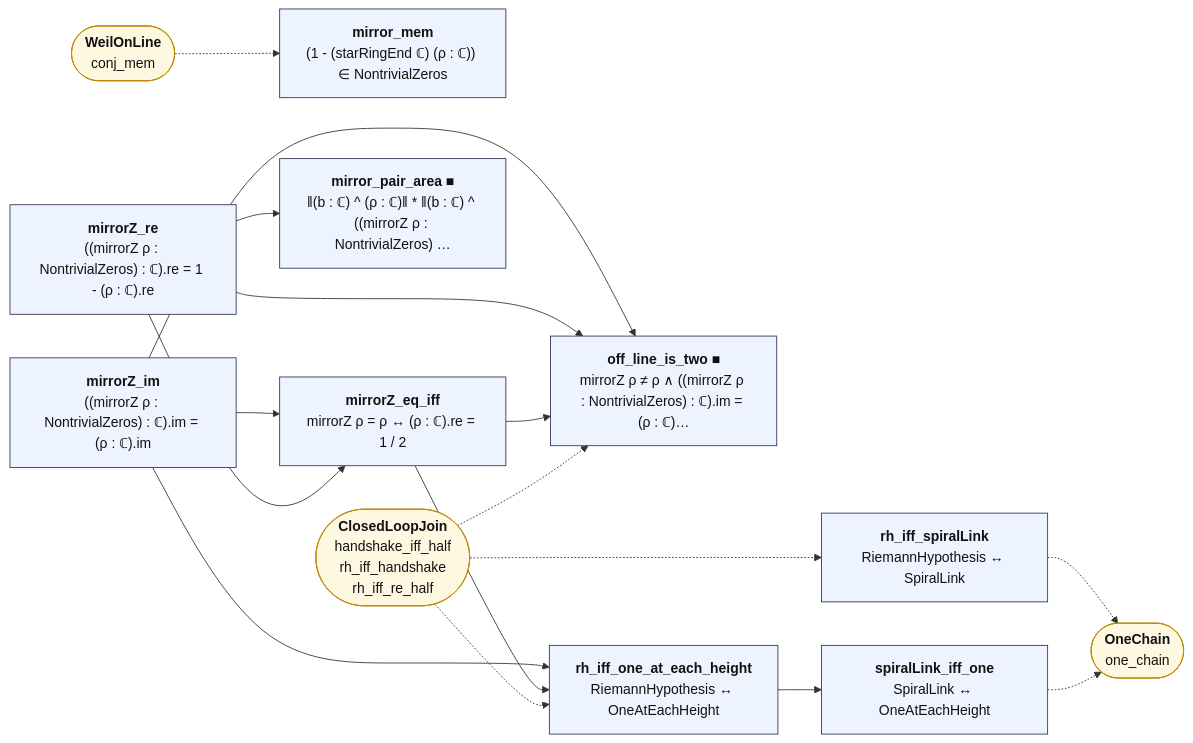
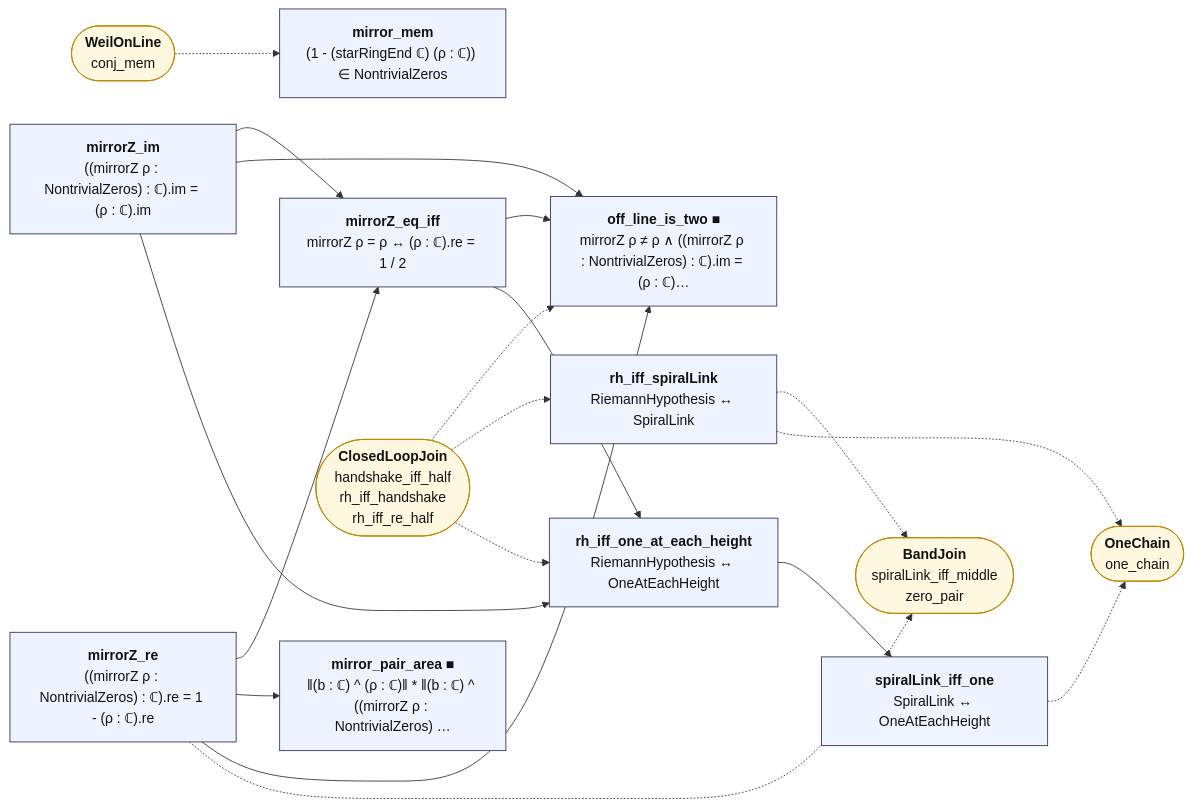
The diagram in map/lean_stage3/SpiralLink.mmd (juliansambranojr/Primebeat_081426), drawn with Mermaid before and after one commit. The commit also changed 27 other files, not shown here.

First line of the commit message:
Block J5: the band of the deep zero joined to the chain (unit 0488)

```diff
--- a/map/lean_stage3/SpiralLink.mmd
+++ b/map/lean_stage3/SpiralLink.mmd
@@ -1,36 +1,39 @@
 flowchart LR
   n0["<b>mirror_mem</b><br/>(1 - (starRingEnd ℂ) (ρ : ℂ)) ∈ NontrivialZeros"]:::thm
   n1["<b>mirrorZ_im</b><br/>((mirrorZ ρ : NontrivialZeros) : ℂ).im = (ρ : ℂ).im"]:::thm
   n2["<b>mirrorZ_re</b><br/>((mirrorZ ρ : NontrivialZeros) : ℂ).re = 1 - (ρ : ℂ).re"]:::thm
   n3["<b>mirrorZ_eq_iff</b><br/>mirrorZ ρ = ρ ↔ (ρ : ℂ).re = 1 / 2"]:::thm
   n4["<b>mirror_pair_area ■</b><br/>‖(b : ℂ) ^ (ρ : ℂ)‖ * ‖(b : ℂ) ^ ((mirrorZ ρ : NontrivialZeros) …"]:::thm
   n5["<b>off_line_is_two ■</b><br/>mirrorZ ρ ≠ ρ ∧ ((mirrorZ ρ : NontrivialZeros) : ℂ).im = (ρ : ℂ)…"]:::thm
   n6["<b>rh_iff_spiralLink</b><br/>RiemannHypothesis ↔ SpiralLink"]:::thm
   n7["<b>rh_iff_one_at_each_height</b><br/>RiemannHypothesis ↔ OneAtEachHeight"]:::thm
   n8["<b>spiralLink_iff_one</b><br/>SpiralLink ↔ OneAtEachHeight"]:::thm
   x0(["<b>WeilOnLine</b><br/>conj_mem"]):::ext
-  x1(["<b>ClosedLoopJoin</b><br/>handshake_iff_half<br/>rh_iff_handshake<br/>rh_iff_re_half"]):::ext
-  x2(["<b>OneChain</b><br/>one_chain"]):::ext
+  x1(["<b>BandJoin</b><br/>spiralLink_iff_middle<br/>zero_pair"]):::ext
+  x2(["<b>ClosedLoopJoin</b><br/>handshake_iff_half<br/>rh_iff_handshake<br/>rh_iff_re_half"]):::ext
+  x3(["<b>OneChain</b><br/>one_chain"]):::ext
   n1 --> n3
   n1 --> n5
   n1 --> n7
   n2 --> n3
   n2 --> n4
   n2 --> n5
   n3 --> n5
   n3 --> n7
   n7 --> n8
-  n6 -.-> x2
-  n8 -.-> x2
+  n2 -.-> x1
+  n6 -.-> x1
+  n6 -.-> x3
+  n8 -.-> x3
   x0 -.-> n0
-  x1 -.-> n5
-  x1 -.-> n6
-  x1 -.-> n7
+  x2 -.-> n5
+  x2 -.-> n6
+  x2 -.-> n7
   classDef cnt fill:#dff5ec,stroke:#17694a,color:#111
   classDef shp fill:#f1ecfb,stroke:#5b3fa0,color:#111
   classDef rh fill:#ffe5e5,stroke:#c22,color:#111,stroke-width:2px
   classDef thm fill:#eef4ff,stroke:#335,color:#111
   classDef end_ fill:#e7f7e7,stroke:#2a7,color:#111,stroke-width:2px
   classDef lone fill:#fff,stroke:#999,color:#111,stroke-dasharray:4 3
   classDef bad fill:#ffe5e5,stroke:#c22,color:#111,stroke-width:2px
   classDef ext fill:#fff8e1,stroke:#b80,color:#111
```
